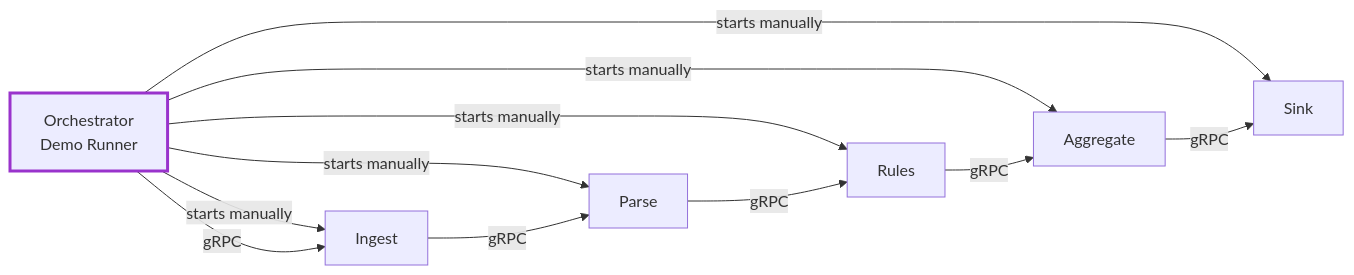
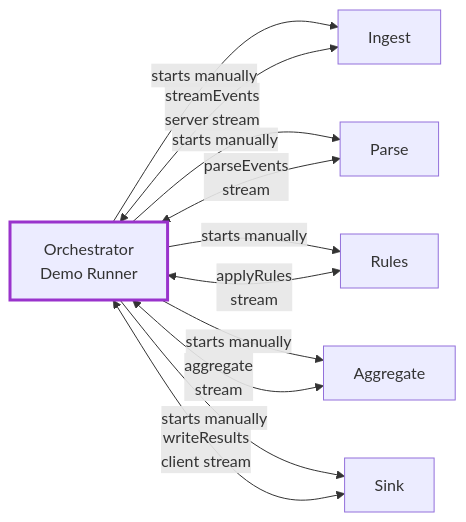
The second of 3 diagrams in docs-site/docs/guide/architecture.md (Michael--/modular-runtime), drawn with Mermaid before and after one commit. The commit also changed other lines of this file and 7 other files, not shown here.

````diff
--- a/docs-site/docs/guide/architecture.md
+++ b/docs-site/docs/guide/architecture.md
@@ -38,23 +38,23 @@
 ```mermaid
 flowchart LR
     ORC[Orchestrator<br/>Demo Runner]
     ING[Ingest]
     PRS[Parse]
     RUL[Rules]
     AGG[Aggregate]
     SNK[Sink]
 
     ORC -->|starts manually| ING
     ORC -->|starts manually| PRS
     ORC -->|starts manually| RUL
     ORC -->|starts manually| AGG
     ORC -->|starts manually| SNK
 
-    ORC -->|gRPC| ING
-    ING -->|gRPC| PRS
-    PRS -->|gRPC| RUL
-    RUL -->|gRPC| AGG
-    AGG -->|gRPC| SNK
+    ORC <-->|streamEvents<br/>server stream| ING
+    ORC <-->|parseEvents<br/>stream| PRS
+    ORC <-->|applyRules<br/>stream| RUL
+    ORC <-->|aggregate<br/>stream| AGG
+    ORC <-->|writeResults<br/>client stream| SNK
 
     style ORC stroke:#9933cc,stroke-width:3px
 ```
````
